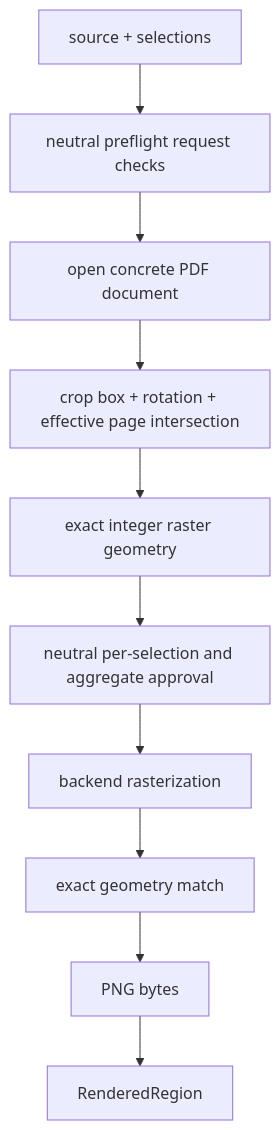
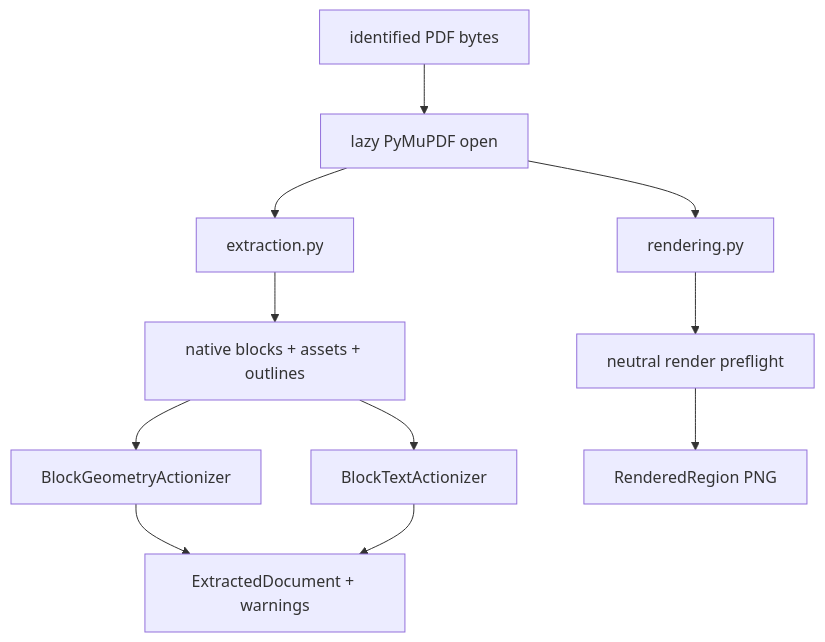
One commit to eragasa/projectkoios-ingestion changed the diagram in docs/architecture/projectkoios/ingestion/pdf/adapters/pymupdf/schematic.md. Above: the diagram before and after it, drawn with Mermaid. The commit also changed other lines of this file and 176 other files, not shown here.

Commit message:
Refactor ingestion document and integration architecture

````diff
--- a/docs/architecture/projectkoios/ingestion/pdf/adapters/pymupdf/schematic.md
+++ b/docs/architecture/projectkoios/ingestion/pdf/adapters/pymupdf/schematic.md
@@ -3,12 +3,13 @@
 ```mermaid
 flowchart TD
-    Request["source + selections"] --> Policy["neutral preflight request checks"]
-    Policy --> Document["open concrete PDF document"]
-    Document --> Geometry["crop box + rotation + effective page intersection"]
-    Geometry --> RasterFacts["exact integer raster geometry"]
-    RasterFacts --> Limits["neutral per-selection and aggregate approval"]
-    Limits --> Pixmap["backend rasterization"]
-    Pixmap --> Match["exact geometry match"]
-    Match --> PNG["PNG bytes"]
-    PNG --> Result["RenderedRegion"]
+    Source["identified PDF bytes"] --> Open["lazy PyMuPDF open"]
+    Open --> Extract["extraction.py"]
+    Open --> Render["rendering.py"]
+    Extract --> Raw["native blocks + assets + outlines"]
+    Raw --> Geometry["BlockGeometryActionizer"]
+    Raw --> Text["BlockTextActionizer"]
+    Geometry --> Document["ExtractedDocument + warnings"]
+    Text --> Document
+    Render --> Preflight["neutral render preflight"]
+    Preflight --> PNG["RenderedRegion PNG"]
 ```
````
